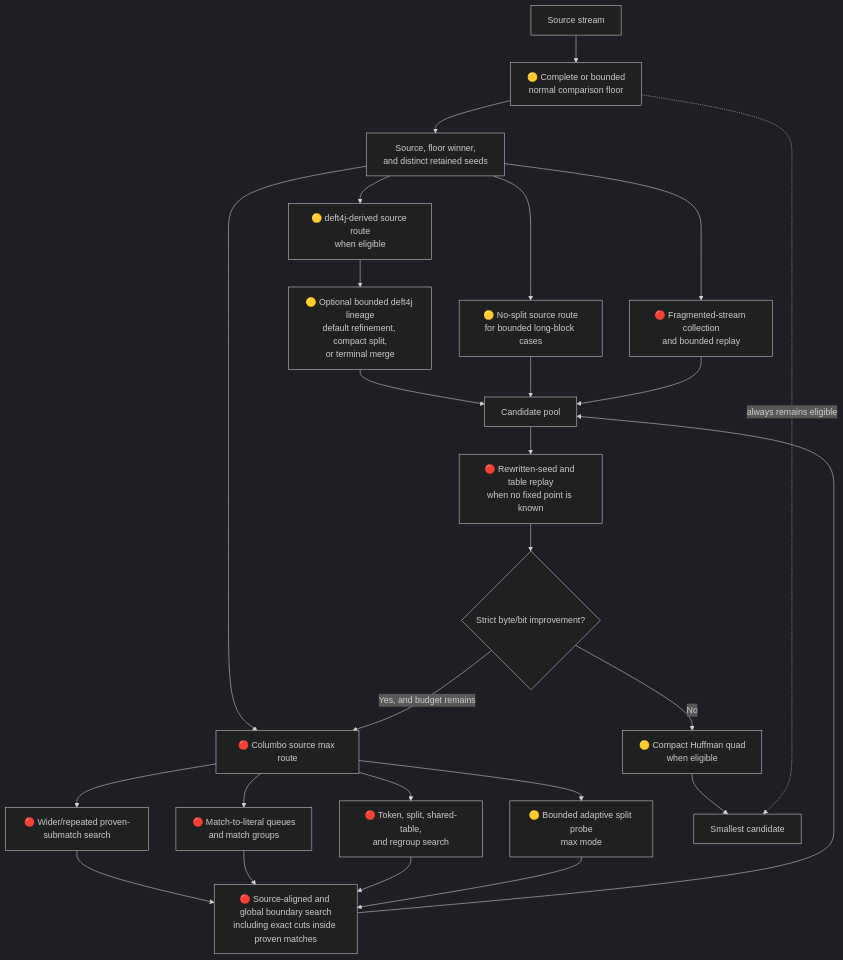
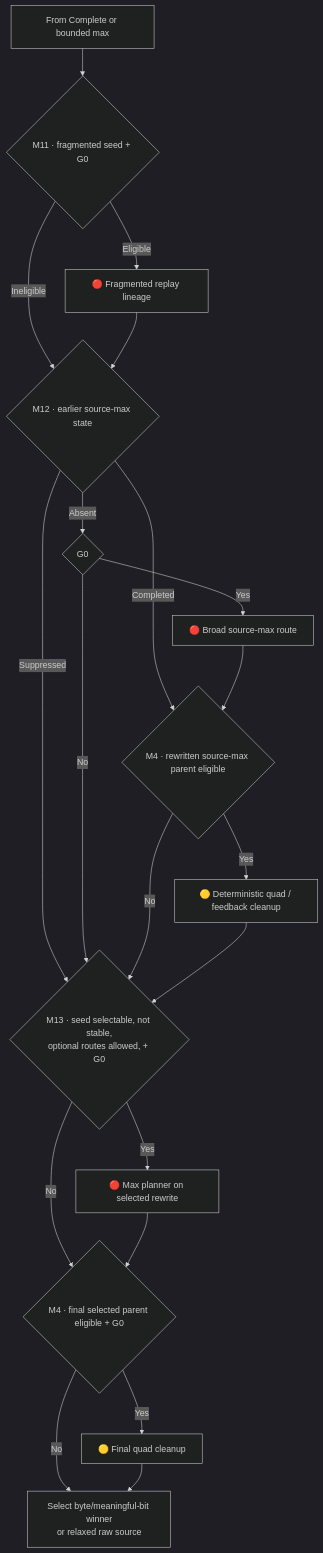
Before and after one commit to ace-dent/columbo: the fifth of 6 diagrams in docs/routes-and-methods.md, drawn with Mermaid (dark theme). The commit also changed other lines of this file, not shown here.

First line of the commit message:
docs: Update routes and methods

````diff
--- a/docs/routes-and-methods.md
+++ b/docs/routes-and-methods.md
@@ -109,34 +258,22 @@
 ```mermaid
 flowchart TD
-    SRC["Source stream"] --> FLOOR["🟡 Complete or bounded<br/>normal comparison floor"]
-    FLOOR --> SEEDS["Source, floor winner,<br/>and distinct retained seeds"]
-
-    SEEDS --> DEFT["🟡 deft4j-derived source route<br/>when eligible"]
-    SEEDS --> NARROW["🟡 No-split source route<br/>for bounded long-block cases"]
-    SEEDS --> FRAG["🔴 Fragmented-stream collection<br/>and bounded replay"]
-    SEEDS --> SMAX["🔴 Columbo source max route"]
-    DEFT --> DREF["🟡 Optional bounded deft4j lineage<br/>default refinement, compact split,<br/>or terminal merge"]
-
-    SMAX --> SUBMATCH["🔴 Wider/repeated proven-submatch search"]
-    SMAX --> EXPAND["🔴 Match-to-literal queues<br/>and match groups"]
-    SMAX --> SPLIT["🔴 Token, split, shared-table,<br/>and regroup search"]
-    SMAX --> ADAPT["🟡 Bounded adaptive split probe<br/>max mode"]
-
-    SUBMATCH --> GLOBAL["🔴 Source-aligned and global boundary search<br/>including exact cuts inside proven matches"]
-    EXPAND --> GLOBAL
-    SPLIT --> GLOBAL
-    ADAPT --> GLOBAL
-
-    DREF --> POOL["Candidate pool"]
-    NARROW --> POOL
-    FRAG --> POOL
-    GLOBAL --> POOL
-
-    POOL --> REPLAY["🔴 Rewritten-seed and table replay<br/>when no fixed point is known"]
-    REPLAY --> IMPROVE{"Strict byte/bit improvement?"}
-    IMPROVE -- "Yes, and budget remains" --> SMAX
-    IMPROVE -- "No" --> QUAD["🟡 Compact Huffman quad<br/>when eligible"]
-    QUAD --> WIN["Smallest candidate"]
-
-    FLOOR -. "always remains eligible" .-> WIN
+    START["From Complete or bounded max"] --> M11{"M11 · fragmented seed + G0"}
+    M11 -- "Eligible" --> FRAG["🔴 Fragmented replay lineage"]
+    M11 -- "Ineligible" --> M12
+    FRAG --> M12{"M12 · earlier source-max state"}
+    M12 -- "Completed" --> M4SRC
+    M12 -- "Suppressed" --> M13
+    M12 -- "Absent" --> M12G{"G0"}
+    M12G -- "Yes" --> SMAX["🔴 Broad source-max route"]
+    M12G -- "No" --> M13
+    SMAX --> M4SRC{"M4 · rewritten source-max parent eligible"}
+    M4SRC -- "Yes" --> M4SRUN["🟡 Deterministic quad / feedback cleanup"]
+    M4SRC -- "No" --> M13
+    M4SRUN --> M13{"M13 · seed selectable, not stable,<br/>optional routes allowed, + G0"}
+    M13 -- "Yes" --> SEEDRUN["🔴 Max planner on selected rewrite"]
+    M13 -- "No" --> M4FINAL
+    SEEDRUN --> M4FINAL{"M4 · final selected parent eligible + G0"}
+    M4FINAL -- "Yes" --> QFINAL["🟡 Final quad cleanup"]
+    M4FINAL -- "No" --> PICKMAX
+    QFINAL --> PICKMAX["Select byte/meaningful-bit winner<br/>or relaxed raw source"]
 ```
````
